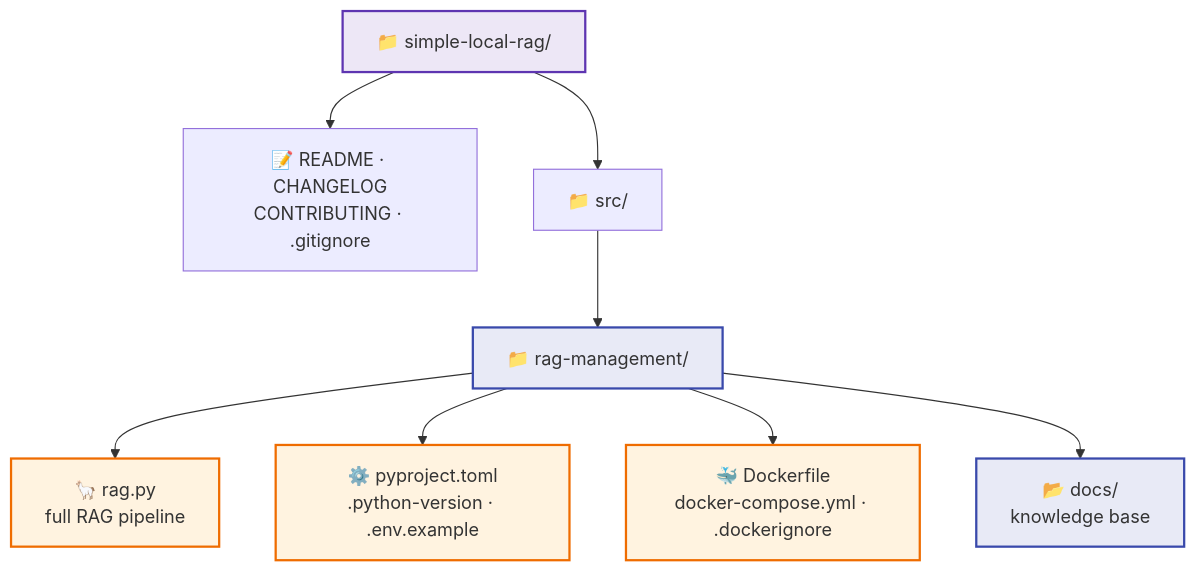
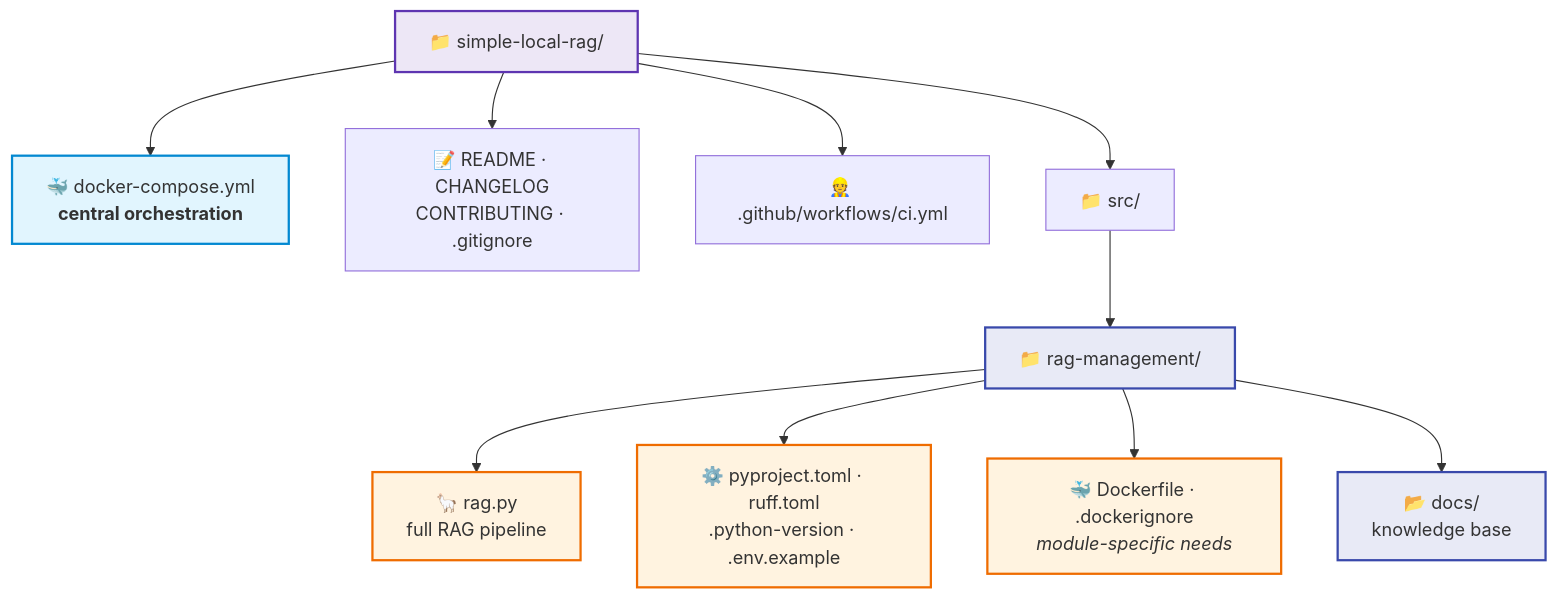
The third of 3 diagrams in README.md (farinaleo/simple-local-rag), drawn with Mermaid before and after one commit. The commit also changed other lines of this file and 2 other files, not shown here.

Commit message:
🏗️(docker) move compose to root as central orchestration point

````diff
--- a/README.md
+++ b/README.md
@@ -123,17 +123,21 @@
 ```mermaid
 flowchart TD
-    ROOT["📁 simple-local-rag/"] --> META["📝 README · CHANGELOG<br/>CONTRIBUTING · .gitignore"]
+    ROOT["📁 simple-local-rag/"] --> ORCH["🐳 docker-compose.yml<br/><b>central orchestration</b>"]
+    ROOT --> META["📝 README · CHANGELOG<br/>CONTRIBUTING · .gitignore"]
+    ROOT --> CI["👷 .github/workflows/ci.yml"]
     ROOT --> SRC["📁 src/"]
     SRC --> RM["📁 rag-management/"]
     RM --> CORE["🦙 rag.py<br/>full RAG pipeline"]
-    RM --> UVCFG["⚙️ pyproject.toml<br/>.python-version · .env.example"]
-    RM --> DOCKER["🐳 Dockerfile<br/>docker-compose.yml · .dockerignore"]
+    RM --> UVCFG["⚙️ pyproject.toml · ruff.toml<br/>.python-version · .env.example"]
+    RM --> DOCKER["🐳 Dockerfile · .dockerignore<br/><i>module-specific needs</i>"]
     RM --> DATA["📂 docs/<br/>knowledge base"]
 
     classDef root fill:#ede7f6,stroke:#5e35b1,stroke-width:2px
+    classDef orch fill:#e1f5fe,stroke:#0288d1,stroke-width:2px
     classDef pkg fill:#e8eaf6,stroke:#3949ab,stroke-width:2px
     classDef core fill:#fff3e0,stroke:#ef6c00,stroke-width:2px
     class ROOT root
+    class ORCH orch
     class RM,DATA pkg
     class CORE,DOCKER,UVCFG core
 ```
````
